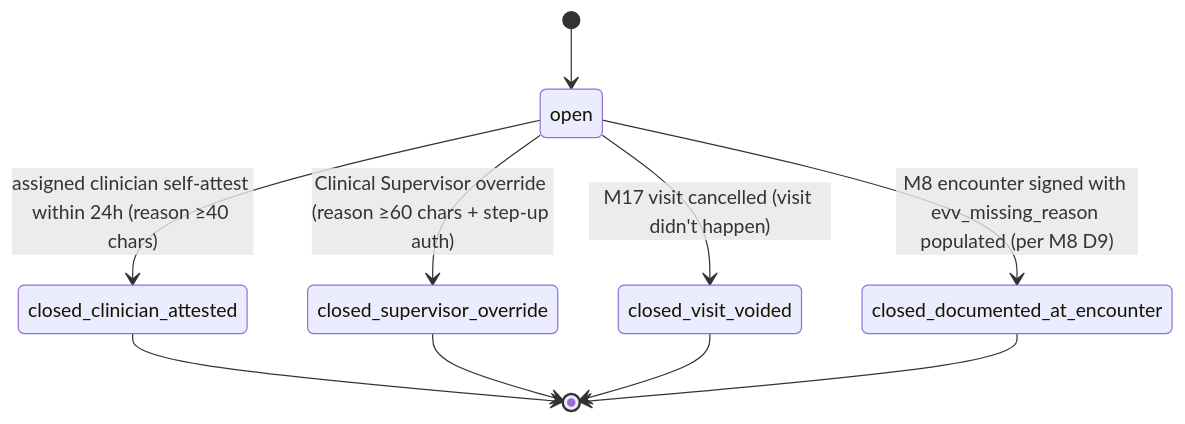
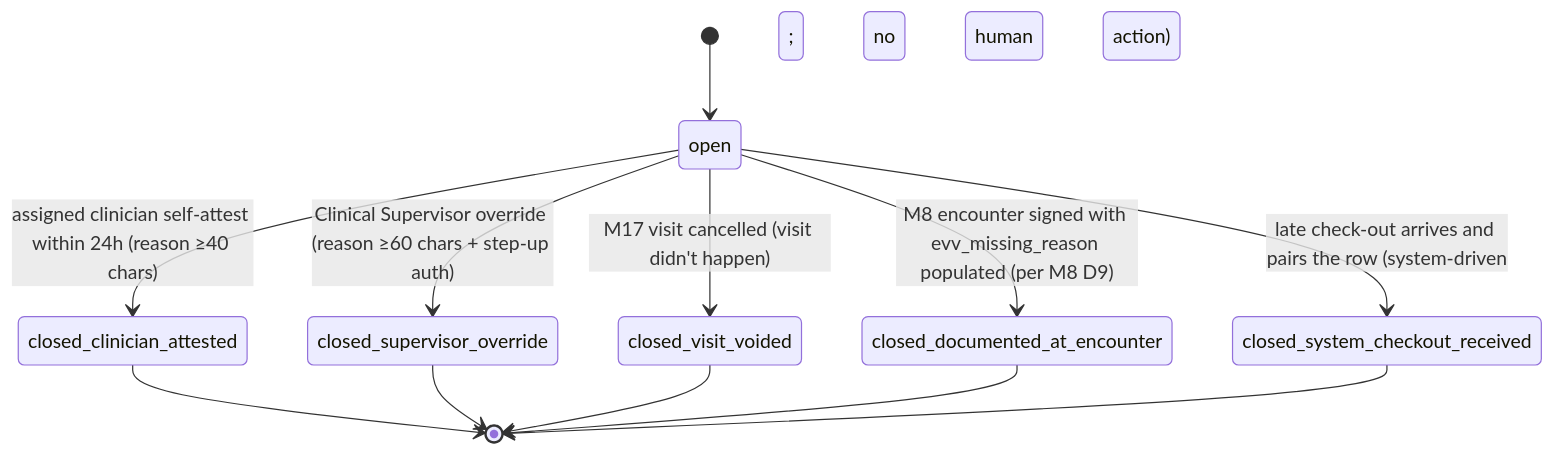
The fifth of 6 diagrams in docs/modules/WARDENX_MODULE_18_EVV_SPEC_v0_2.md (Engrace-Hospice/chartwarden), drawn with Mermaid before and after one commit. The commit also changed other lines of this file and 1 other file, not shown here.

````diff
--- a/docs/modules/WARDENX_MODULE_18_EVV_SPEC_v0_2.md
+++ b/docs/modules/WARDENX_MODULE_18_EVV_SPEC_v0_2.md
@@ -199,12 +199,14 @@
 ```mermaid
 stateDiagram-v2
     [*] --> open
     open --> closed_clinician_attested: assigned clinician self-attest within 24h (reason ≥40 chars)
     open --> closed_supervisor_override: Clinical Supervisor override (reason ≥60 chars + step-up auth)
     open --> closed_visit_voided: M17 visit cancelled (visit didn't happen)
     open --> closed_documented_at_encounter: M8 encounter signed with evv_missing_reason populated (per M8 D9)
+    open --> closed_system_checkout_received: late check-out arrives and pairs the row (system-driven; no human action)
     closed_clinician_attested --> [*]
     closed_supervisor_override --> [*]
     closed_visit_voided --> [*]
     closed_documented_at_encounter --> [*]
+    closed_system_checkout_received --> [*]
 ```
````
